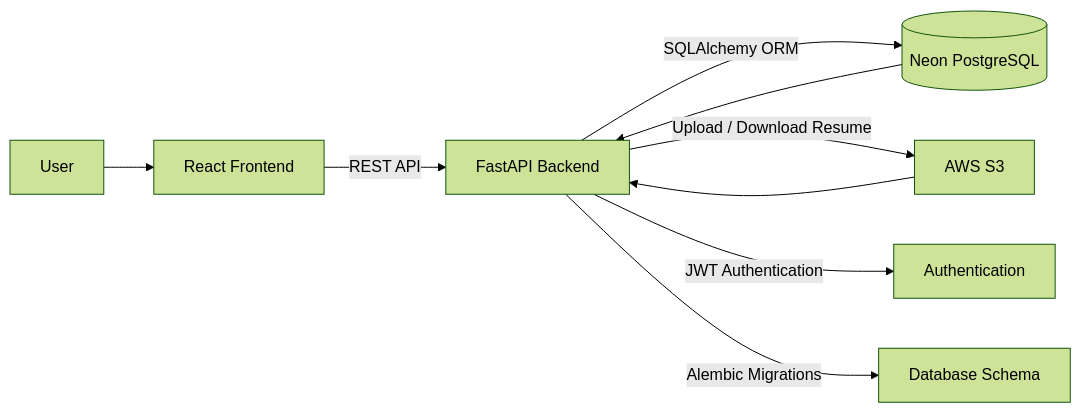
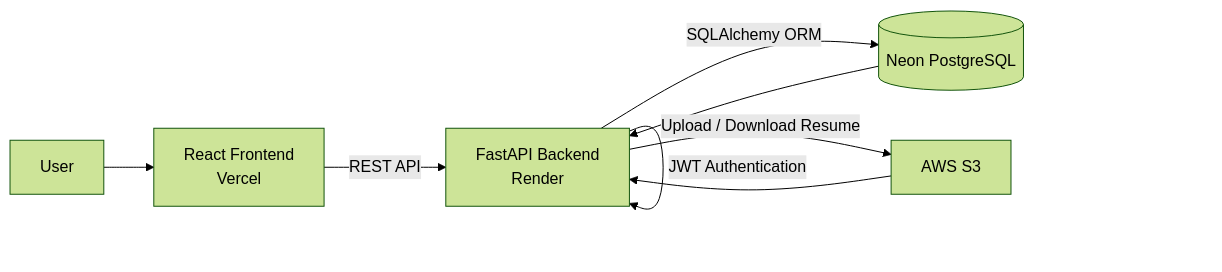
The diagram in README.md (rahul2k57/job-application-tracker), drawn with Mermaid (forest theme) before and after one commit. The commit also changed other lines of this file, not shown here.

First line of the commit message:
Enhance README with architecture and tech stack

````diff
--- a/README.md
+++ b/README.md
@@ -50,14 +50,12 @@
 ```mermaid
 graph LR
-    A[User] --> B[React Frontend]
-    B -->|REST API| C[FastAPI Backend]
+    A[User] --> B[React Frontend<br/>Vercel]
+    B -->|REST API| C[FastAPI Backend<br/>Render]
 
+    C -->|JWT Authentication| C
     C -->|SQLAlchemy ORM| D[(Neon PostgreSQL)]
     C -->|Upload / Download Resume| E[AWS S3]
-
-    C -->|JWT Authentication| F[Authentication]
-    C -->|Alembic Migrations| G[Database Schema]
 
     D --> C
     E --> C
 ```
````
